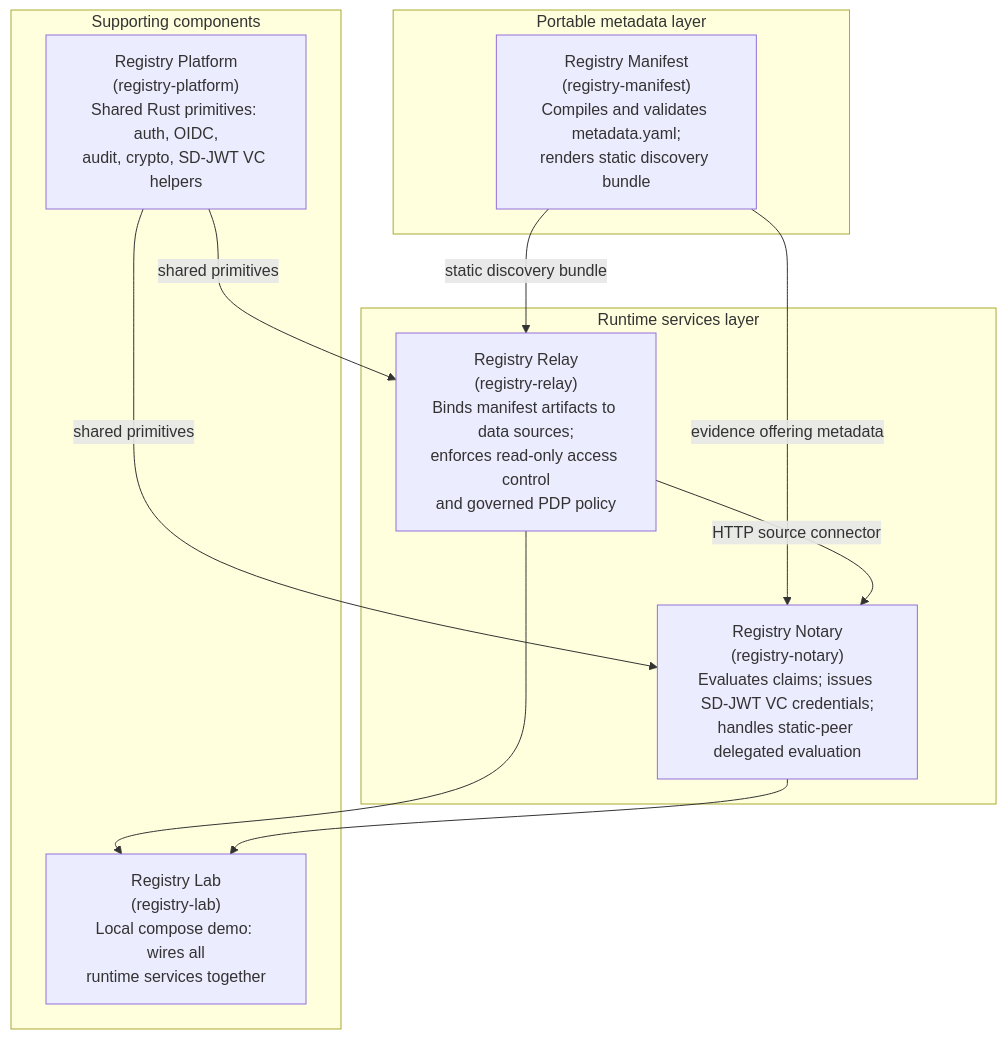
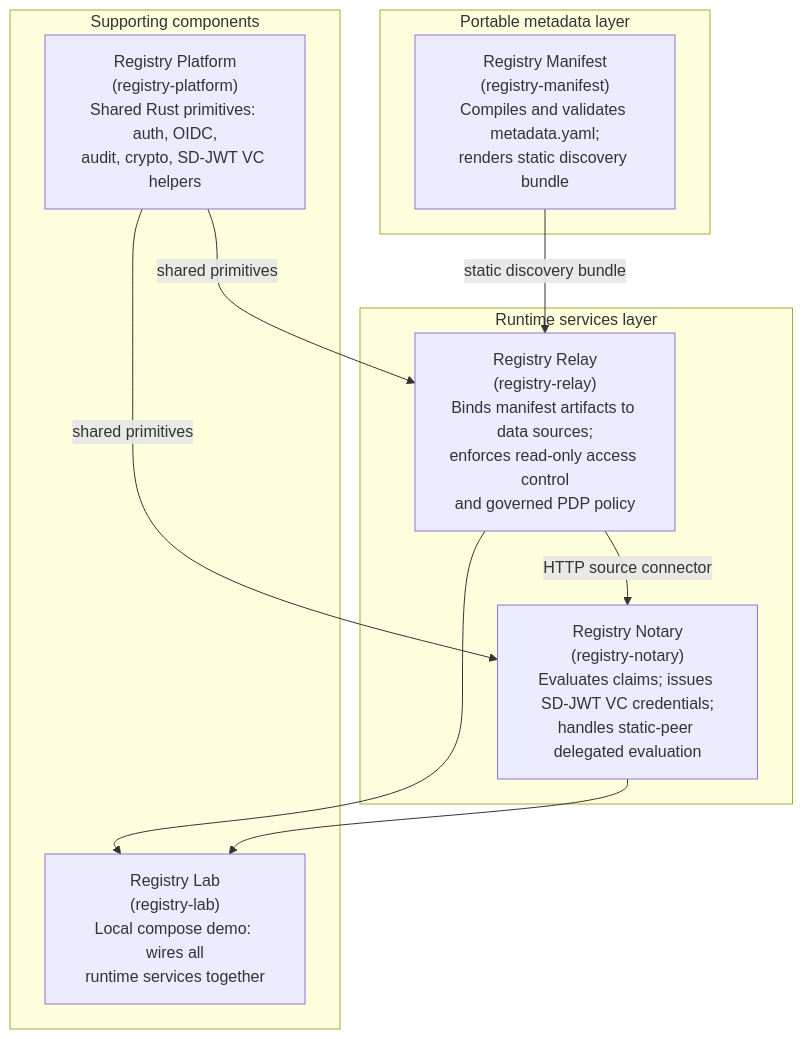
The diagram in docs/site/src/content/docs/spec/rs-arc-g.mdx (registrystack/registry-stack), drawn with Mermaid before and after one commit. The commit also changed other lines of this file and 1 other file, not shown here.

Commit message:
docs(spec): clarify manifest and claim evidence status

````diff
--- a/docs/site/src/content/docs/spec/rs-arc-g.mdx
+++ b/docs/site/src/content/docs/spec/rs-arc-g.mdx
@@ -84,23 +84,22 @@
 ```mermaid
 flowchart TD
     subgraph portable["Portable metadata layer"]
         manifest["Registry Manifest<br/>(registry-manifest)<br/>Compiles and validates metadata.yaml;<br/>renders static discovery bundle"]
     end
 
     subgraph runtime["Runtime services layer"]
         relay["Registry Relay<br/>(registry-relay)<br/>Binds manifest artifacts to data sources;<br/>enforces read-only access control<br/>and governed PDP policy"]
         notary["Registry Notary<br/>(registry-notary)<br/>Evaluates claims; issues SD-JWT VC credentials;<br/>handles static-peer delegated evaluation"]
     end
 
     subgraph support["Supporting components"]
         platform["Registry Platform<br/>(registry-platform)<br/>Shared Rust primitives: auth, OIDC,<br/>audit, crypto, SD-JWT VC helpers"]
         lab["Registry Lab<br/>(registry-lab)<br/>Local compose demo: wires all<br/>runtime services together"]
     end
 
     manifest -- "static discovery bundle" --> relay
-    manifest -- "evidence offering metadata" --> notary
     platform -- "shared primitives" --> relay
     platform -- "shared primitives" --> notary
     relay -- "HTTP source connector" --> notary
     relay & notary --> lab
 ```
````
